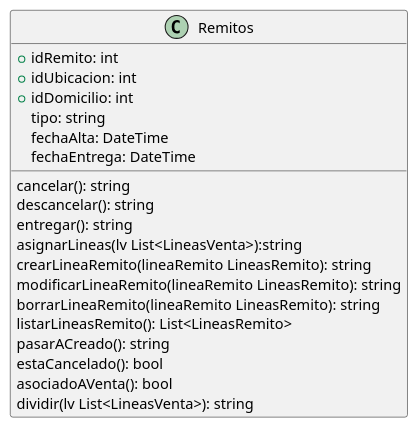
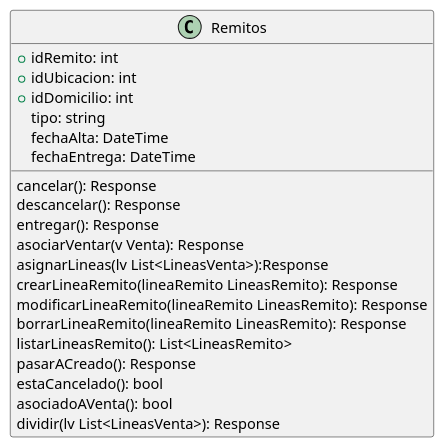
The diagram in DiagramaClases/Clases/Remitos.puml (ZMGestion/DocumentacionZMGestion), drawn with PlantUML before and after one commit. The commit also changed 27 other files, not shown here.

```diff
--- a/DiagramaClases/Clases/Remitos.puml
+++ b/DiagramaClases/Clases/Remitos.puml
@@ -1,23 +1,24 @@
 @startuml Remitos
 class Remitos{
     +idRemito: int
     +idUbicacion: int
     +idDomicilio: int
     tipo: string
     fechaAlta: DateTime
     fechaEntrega: DateTime
     
-    cancelar(): string
-    descancelar(): string
-    entregar(): string
-    asignarLineas(lv List<LineasVenta>):string
-    crearLineaRemito(lineaRemito LineasRemito): string
-    modificarLineaRemito(lineaRemito LineasRemito): string
-    borrarLineaRemito(lineaRemito LineasRemito): string
+    cancelar(): Response
+    descancelar(): Response
+    entregar(): Response
+    asociarVentar(v Venta): Response
+    asignarLineas(lv List<LineasVenta>):Response
+    crearLineaRemito(lineaRemito LineasRemito): Response
+    modificarLineaRemito(lineaRemito LineasRemito): Response
+    borrarLineaRemito(lineaRemito LineasRemito): Response
     listarLineasRemito(): List<LineasRemito>
-    pasarACreado(): string
+    pasarACreado(): Response
     estaCancelado(): bool
     asociadoAVenta(): bool
-    dividir(lv List<LineasVenta>): string
+    dividir(lv List<LineasVenta>): Response
 }
 @enduml
```
